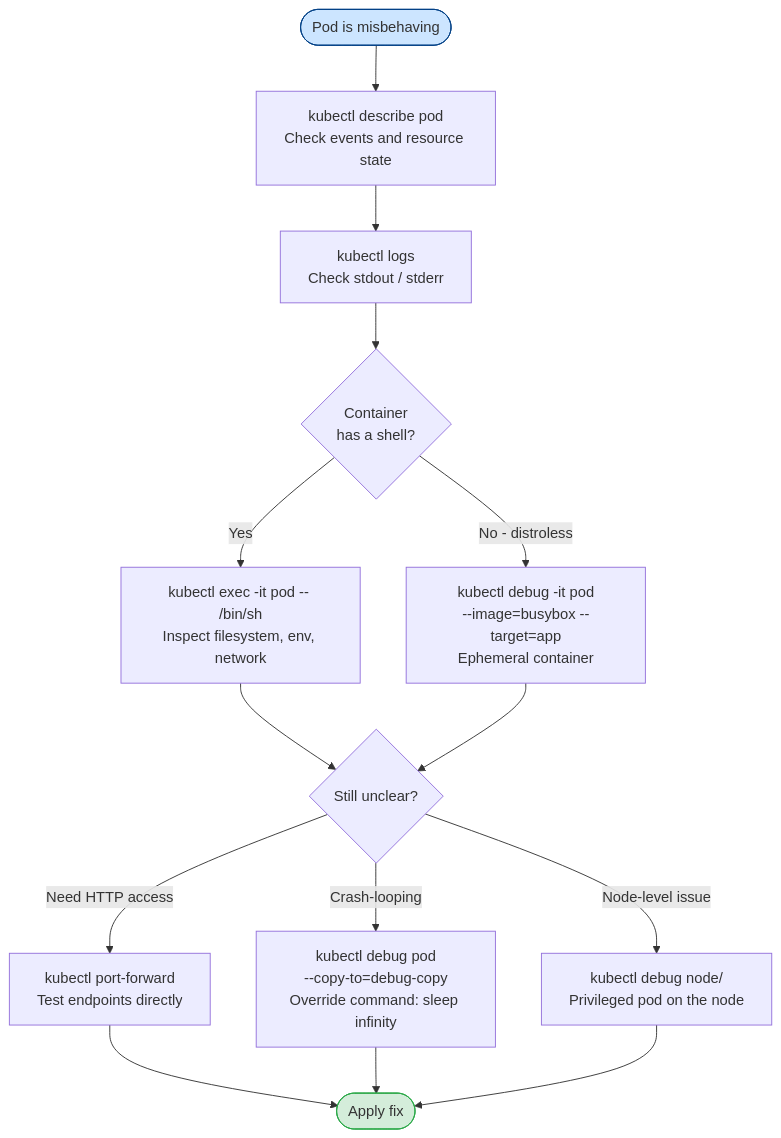
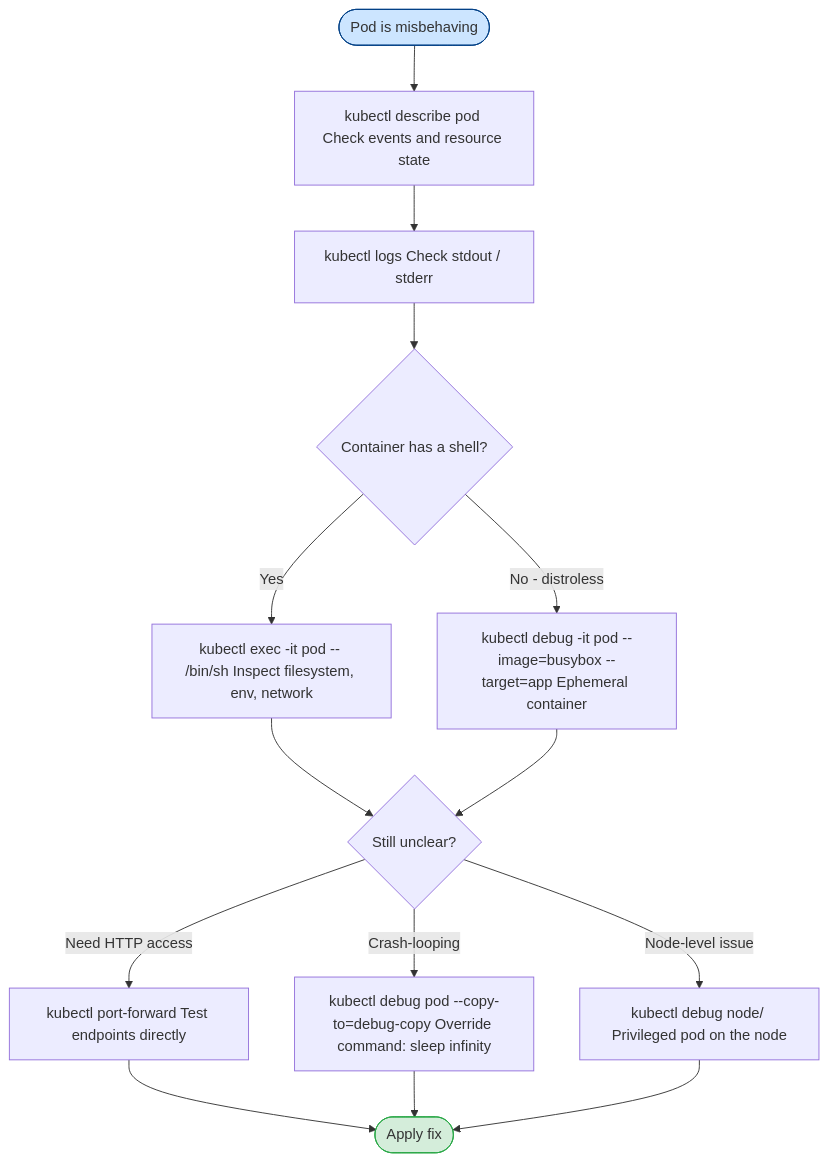
One commit to UncleJS/course_k3s changed the diagram in 15_troubleshooting/03_debugging_pods.md. Above: the diagram before and after it, drawn with Mermaid. The commit also changed 57 other files, not shown here.

````diff
--- a/15_troubleshooting/03_debugging_pods.md
+++ b/15_troubleshooting/03_debugging_pods.md
@@ -21,19 +21,19 @@
 ```mermaid
 flowchart TD
-    Start([Pod is misbehaving]) --> D[kubectl describe pod\nCheck events and resource state]
-    D --> L[kubectl logs\nCheck stdout / stderr]
-    L --> Q1{Container\nhas a shell?}
-    Q1 -->|Yes| E[kubectl exec -it pod -- /bin/sh\nInspect filesystem, env, network]
-    Q1 -->|No - distroless| DBG[kubectl debug -it pod\n--image=busybox --target=app\nEphemeral container]
+    Start([Pod is misbehaving]) --> D[kubectl describe pod Check events and resource state]
+    D --> L[kubectl logs Check stdout / stderr]
+    L --> Q1{Container has a shell?}
+    Q1 -->|Yes| E[kubectl exec -it pod -- /bin/sh Inspect filesystem, env, network]
+    Q1 -->|No - distroless| DBG[kubectl debug -it pod --image=busybox --target=app Ephemeral container]
     E --> Q2{Still unclear?}
     DBG --> Q2
-    Q2 -->|Need HTTP access| PF[kubectl port-forward\nTest endpoints directly]
-    Q2 -->|Crash-looping| CP[kubectl debug pod\n--copy-to=debug-copy\nOverride command: sleep infinity]
-    Q2 -->|Node-level issue| N[kubectl debug node/\nPrivileged pod on the node]
+    Q2 -->|Need HTTP access| PF[kubectl port-forward Test endpoints directly]
+    Q2 -->|Crash-looping| CP[kubectl debug pod --copy-to=debug-copy Override command: sleep infinity]
+    Q2 -->|Node-level issue| N[kubectl debug node/ Privileged pod on the node]
     PF --> Fix([Apply fix])
     CP --> Fix
     N --> Fix
 
     style Start fill:#cce5ff,stroke:#004085
     style Fix fill:#d4edda,stroke:#28a745
 ```
````
